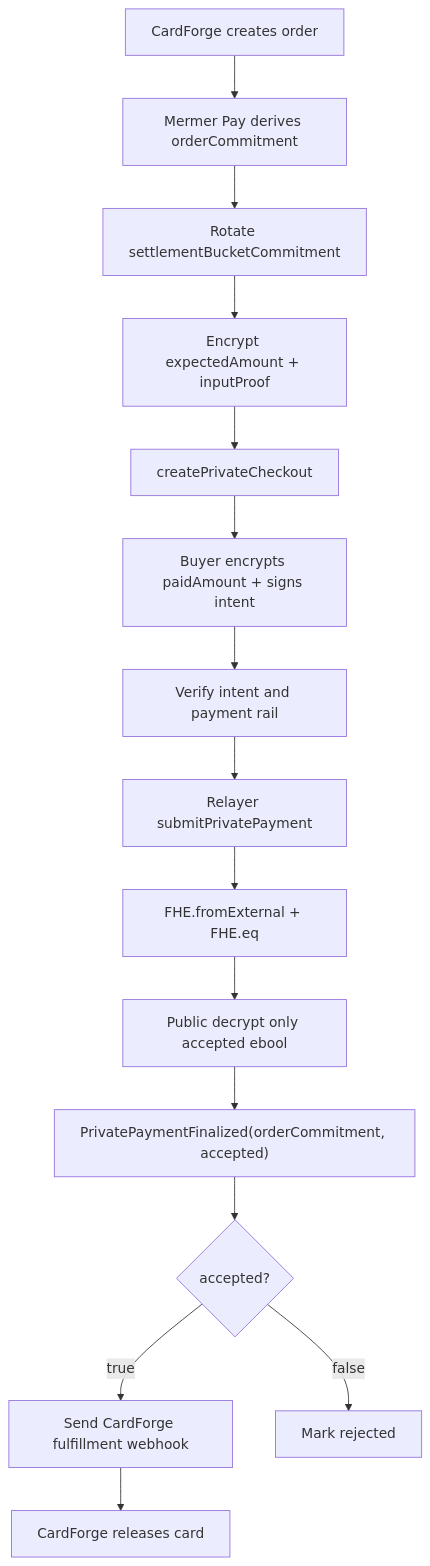
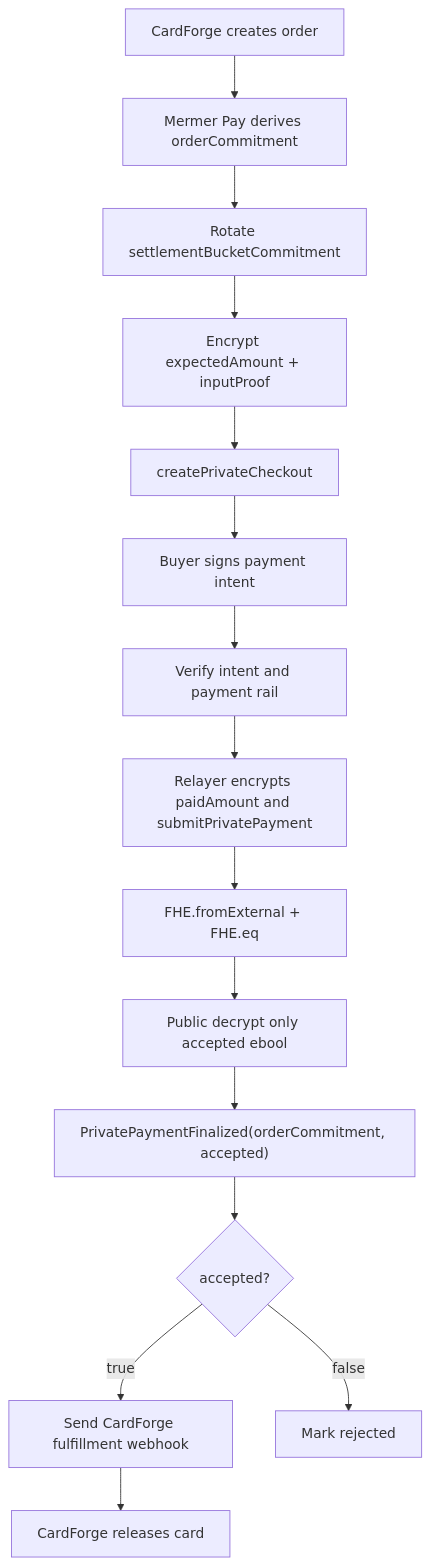
The first of 2 diagrams in docs/runbooks/private-checkout-v1.md (hanbu97/zamapay), drawn with Mermaid before and after one commit. The commit also changed other lines of this file and 38 other files, not shown here.

````diff
--- a/docs/runbooks/private-checkout-v1.md
+++ b/docs/runbooks/private-checkout-v1.md
@@ -245,17 +245,17 @@
 ```mermaid
 flowchart TD
     A["CardForge creates order"] --> B["Mermer Pay derives orderCommitment"]
     B --> C["Rotate settlementBucketCommitment"]
     C --> D["Encrypt expectedAmount + inputProof"]
     D --> E["createPrivateCheckout"]
-    E --> F["Buyer encrypts paidAmount + signs intent"]
+    E --> F["Buyer signs payment intent"]
     F --> G["Verify intent and payment rail"]
-    G --> H["Relayer submitPrivatePayment"]
+    G --> H["Relayer encrypts paidAmount and submitPrivatePayment"]
     H --> I["FHE.fromExternal + FHE.eq"]
     I --> J["Public decrypt only accepted ebool"]
     J --> K["PrivatePaymentFinalized(orderCommitment, accepted)"]
     K --> L{"accepted?"}
     L -- true --> M["Send CardForge fulfillment webhook"]
     L -- false --> N["Mark rejected"]
     M --> O["CardForge releases card"]
 ```
````
